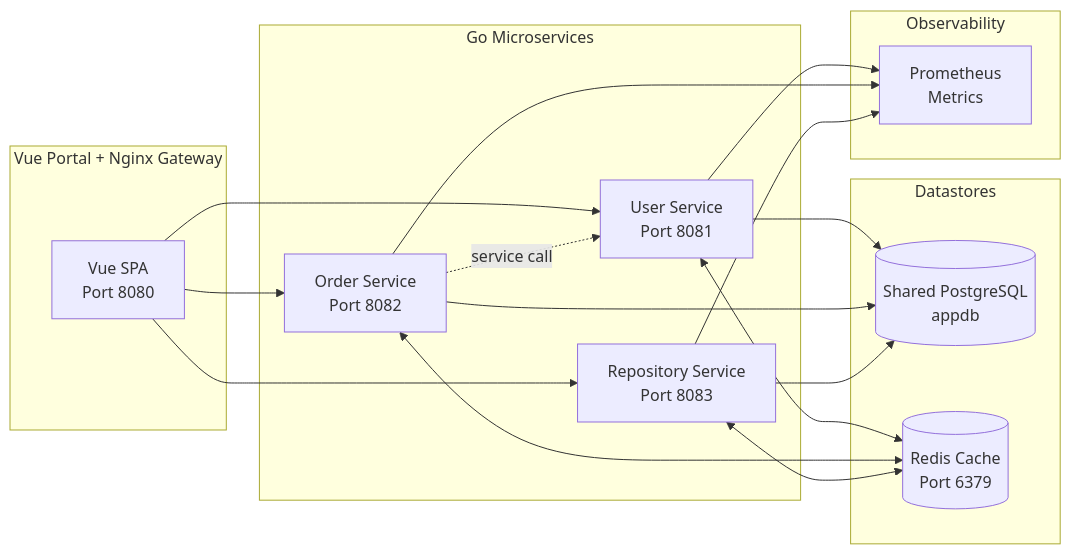
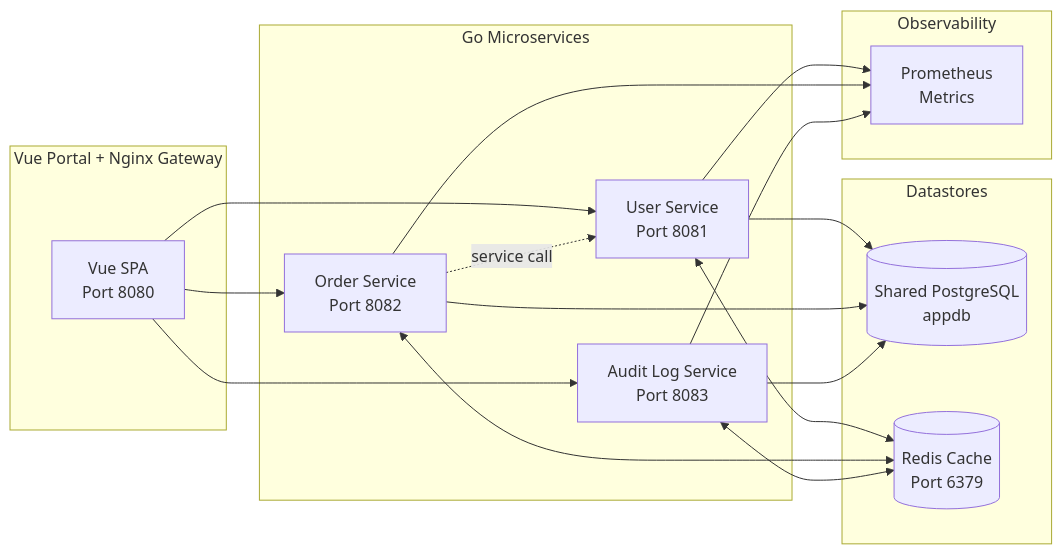
The diagram in docs/hld-diagram.mmd (RashadTanjim/golang-enterprise-microservice-system), drawn with Mermaid before and after one commit. The commit also changed 42 other files, not shown here.

Commit message:
feat: rename repository service to audit log service

```diff
--- a/docs/hld-diagram.mmd
+++ b/docs/hld-diagram.mmd
@@ -1,37 +1,37 @@
 flowchart LR
   subgraph Portal[Vue Portal + Nginx Gateway]
     PortalUI[Vue SPA\nPort 8080]
   end
 
   subgraph Services[Go Microservices]
     UserSvc[User Service\nPort 8081]
     OrderSvc[Order Service\nPort 8082]
-    RepoSvc[Repository Service\nPort 8083]
+    AuditSvc[Audit Log Service\nPort 8083]
   end
 
   subgraph Datastores[Datastores]
     AppDB[(Shared PostgreSQL\nappdb)]
     Redis[(Redis Cache\nPort 6379)]
   end
 
   subgraph Observability[Observability]
     Prometheus[Prometheus\nMetrics]
   end
 
   PortalUI --> UserSvc
   PortalUI --> OrderSvc
-  PortalUI --> RepoSvc
+  PortalUI --> AuditSvc
 
   UserSvc --> AppDB
   OrderSvc --> AppDB
-  RepoSvc --> AppDB
+  AuditSvc --> AppDB
 
   UserSvc <--> Redis
   OrderSvc <--> Redis
-  RepoSvc <--> Redis
+  AuditSvc <--> Redis
 
   UserSvc --> Prometheus
   OrderSvc --> Prometheus
-  RepoSvc --> Prometheus
+  AuditSvc --> Prometheus
 
   OrderSvc -. service call .-> UserSvc
```
